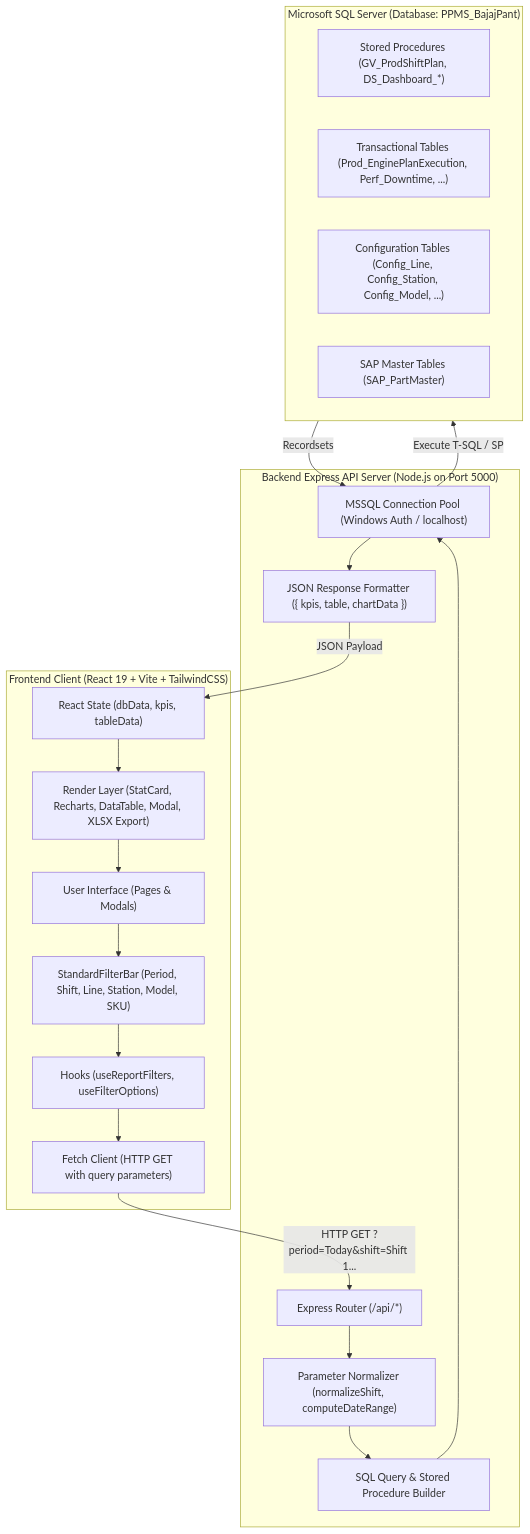
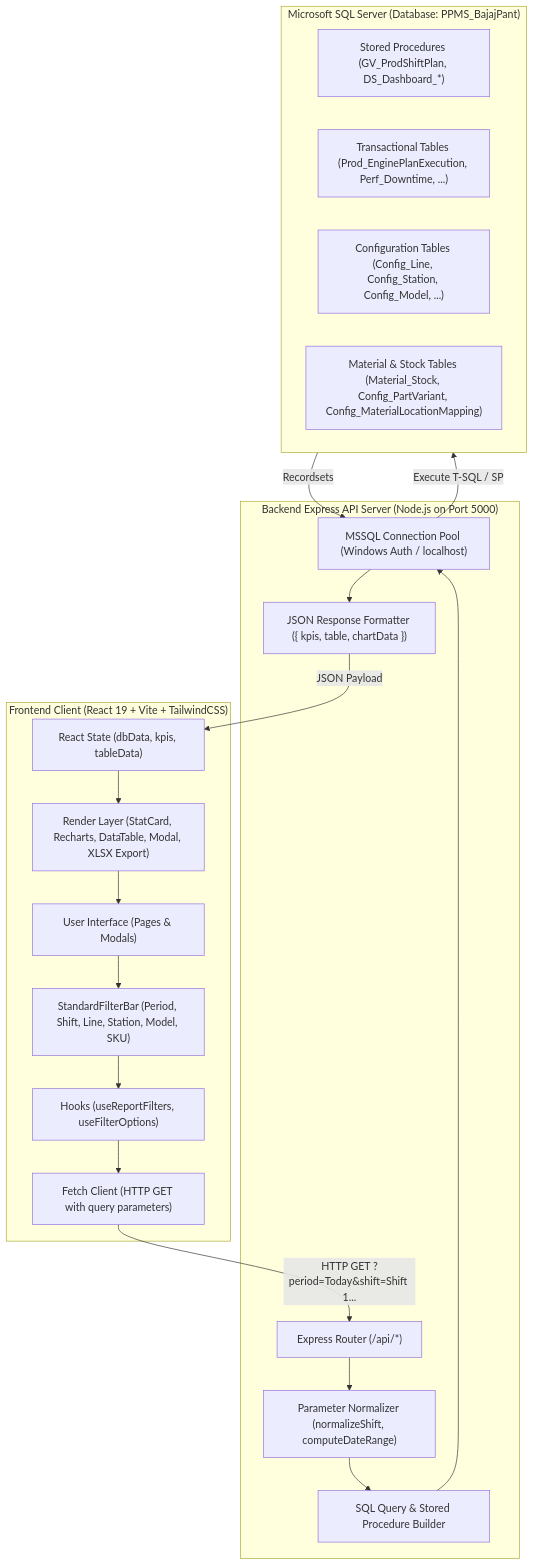
Before and after one commit to Saksham1244/BajajDashboard: the first of 10 diagrams in docs/DATA_LINEAGE_AND_TABLE_MAPPING.md, drawn with Mermaid. The commit also changed other lines of this file and 3 other files, not shown here.

Commit message:
fix(material): replace mock SAP_PartMaster with official Bajaj DB tables (Material_Stock, Config_PartVariant, Config_MaterialLocationMapping)

````diff
--- a/docs/DATA_LINEAGE_AND_TABLE_MAPPING.md
+++ b/docs/DATA_LINEAGE_AND_TABLE_MAPPING.md
@@ -11,40 +11,40 @@
 ```mermaid
 flowchart TD
     subgraph Client["Frontend Client (React 19 + Vite + TailwindCSS)"]
         UI["User Interface (Pages & Modals)"]
         Filter["StandardFilterBar (Period, Shift, Line, Station, Model, SKU)"]
         Hooks["Hooks (useReportFilters, useFilterOptions)"]
         Fetch["Fetch Client (HTTP GET with query parameters)"]
         State["React State (dbData, kpis, tableData)"]
         Render["Render Layer (StatCard, Recharts, DataTable, Modal, XLSX Export)"]
     end
 
     subgraph Server["Backend Express API Server (Node.js on Port 5000)"]
         Router["Express Router (/api/*)"]
         ParamParser["Parameter Normalizer (normalizeShift, computeDateRange)"]
         QueryBuilder["SQL Query & Stored Procedure Builder"]
         DBPool["MSSQL Connection Pool (Windows Auth / localhost)"]
         JSONRes["JSON Response Formatter ({ kpis, table, chartData })"]
     end
 
     subgraph Database["Microsoft SQL Server (Database: PPMS_BajajPant)"]
         SP["Stored Procedures (GV_ProdShiftPlan, DS_Dashboard_*)"]
         TransTables["Transactional Tables (Prod_EnginePlanExecution, Perf_Downtime, ...)"]
         ConfigTables["Configuration Tables (Config_Line, Config_Station, Config_Model, ...)"]
-        MasterTables["SAP Master Tables (SAP_PartMaster)"]
+        MasterTables["Material & Stock Tables (Material_Stock, Config_PartVariant, Config_MaterialLocationMapping)"]
     end
 
     UI --> Filter
     Filter --> Hooks
     Hooks --> Fetch
     Fetch -->|HTTP GET ?period=Today&shift=Shift 1...| Router
     Router --> ParamParser
     ParamParser --> QueryBuilder
     QueryBuilder --> DBPool
     DBPool -->|Execute T-SQL / SP| Database
     Database -->|Recordsets| DBPool
     DBPool --> JSONRes
     JSONRes -->|JSON Payload| State
     State --> Render
     Render --> UI
 ```
````
